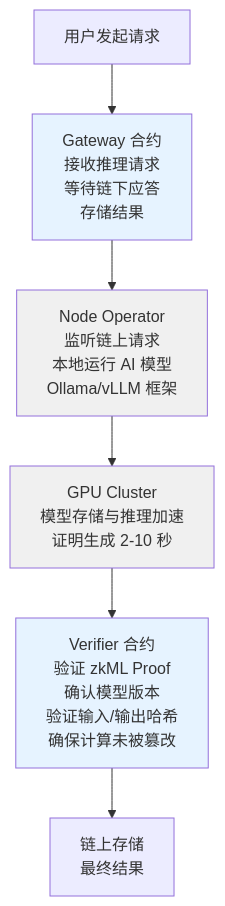
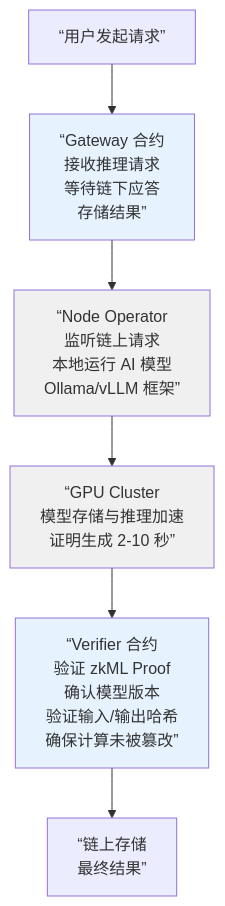
Before and after one commit to yeasy/blockchain_guide: the first of 2 diagrams in 15_frontiers/ai_agents_blockchain.md, drawn with Mermaid. The commit also changed other lines of this file and 20 other files, not shown here.

````diff
--- a/15_frontiers/ai_agents_blockchain.md
+++ b/15_frontiers/ai_agents_blockchain.md
@@ -17,20 +17,20 @@
 ```mermaid
 graph TD
-    A["用户发起请求"]
-    B["Gateway 合约<br/>接收推理请求<br/>等待链下应答<br/>存储结果"]
-    C["Node Operator<br/>监听链上请求<br/>本地运行 AI 模型<br/>Ollama/vLLM 框架"]
-    D["GPU Cluster<br/>模型存储与推理加速<br/>证明生成 2-10 秒"]
-    E["Verifier 合约<br/>验证 zkML Proof<br/>确认模型版本<br/>验证输入/输出哈希<br/>确保计算未被篡改"]
-    F["链上存储<br/>最终结果"]
+    A[“用户发起请求”]
+    B[“Gateway 合约<br/>接收推理请求<br/>等待链下应答<br/>存储结果”]
+    C[“Node Operator<br/>监听链上请求<br/>本地运行 AI 模型<br/>Ollama/vLLM 框架”]
+    D[“GPU Cluster<br/>模型存储与推理加速<br/>证明生成 2-10 秒”]
+    E[“Verifier 合约<br/>验证 zkML Proof<br/>确认模型版本<br/>验证输入/输出哈希<br/>确保计算未被篡改”]
+    F[“链上存储<br/>最终结果”]
 
     A --> B
     B --> C
     C --> D
     D --> E
     E --> F
 
     style B fill:#e6f3ff
     style E fill:#e6f3ff
     style C fill:#f0f0f0
     style D fill:#f0f0f0
 ```
````
